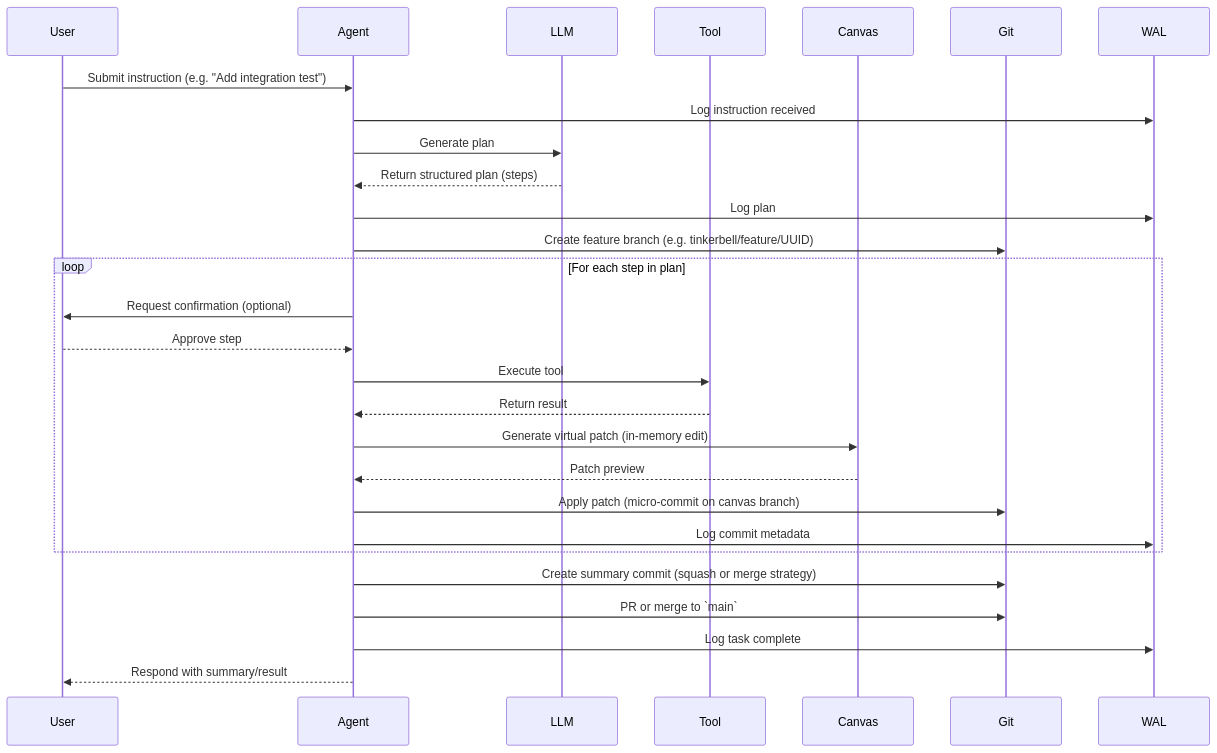
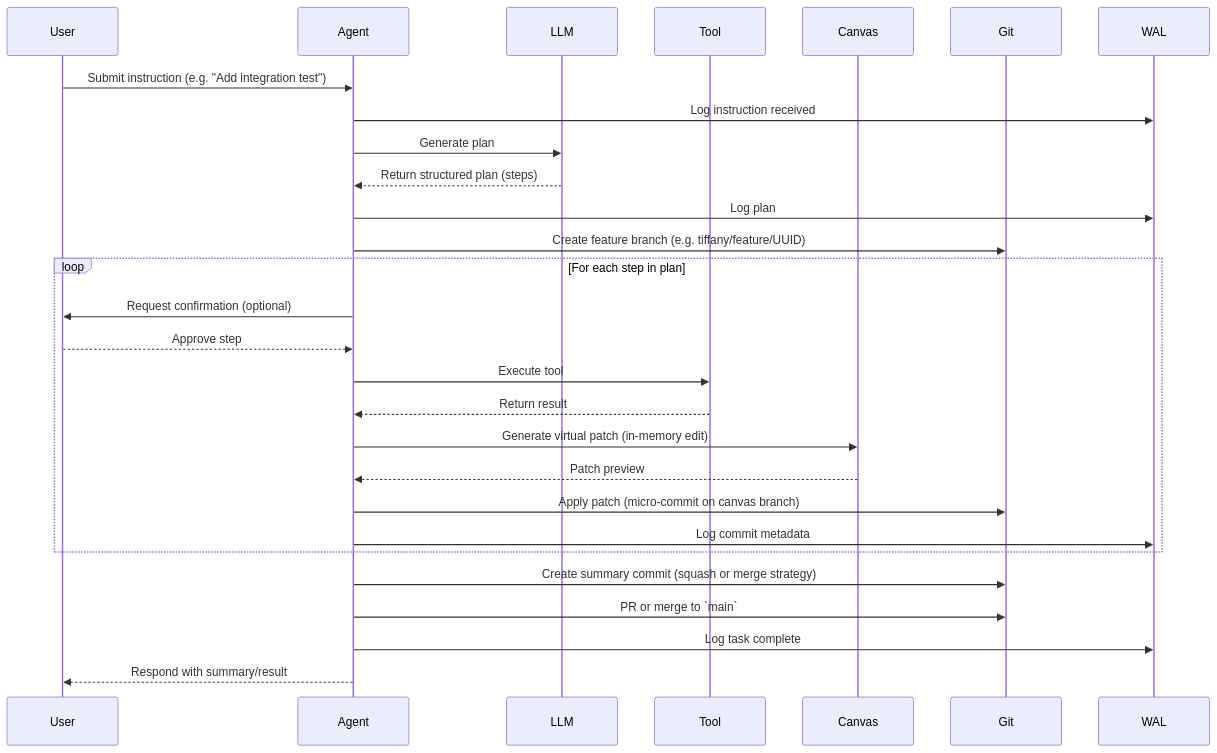
Before and after one commit to microscaler/tinkerbell: the diagram in docs/mdbook/src/adr/0004-Agent_Loop_and_ReAct_Design.md, drawn with Mermaid. The commit also changed other lines of this file and 95 other files, not shown here.

First line of the commit message:
Rename Tinkerbell to Tiffany (#49)

````diff
--- a/docs/mdbook/src/adr/0004-Agent_Loop_and_ReAct_Design.md
+++ b/docs/mdbook/src/adr/0004-Agent_Loop_and_ReAct_Design.md
@@ -63,33 +63,33 @@
 ```mermaid
 sequenceDiagram
     participant User
     participant Agent
     participant LLM
     participant Tool
     participant Canvas
     participant Git
     participant WAL
 
     User->>Agent: Submit instruction (e.g. "Add integration test")
     Agent->>WAL: Log instruction received
     Agent->>LLM: Generate plan
     LLM-->>Agent: Return structured plan (steps)
     Agent->>WAL: Log plan
-    Agent->>Git: Create feature branch (e.g. tinkerbell/feature/UUID)
+    Agent->>Git: Create feature branch (e.g. tiffany/feature/UUID)
 
     loop For each step in plan
         Agent->>User: Request confirmation (optional)
         User-->>Agent: Approve step
         Agent->>Tool: Execute tool
         Tool-->>Agent: Return result
         Agent->>Canvas: Generate virtual patch (in-memory edit)
         Canvas-->>Agent: Patch preview
         Agent->>Git: Apply patch (micro-commit on canvas branch)
         Agent->>WAL: Log commit metadata
     end
 
     Agent->>Git: Create summary commit (squash or merge strategy)
     Agent->>Git: PR or merge to `main`
     Agent->>WAL: Log task complete
     Agent-->>User: Respond with summary/result
 ```
````
